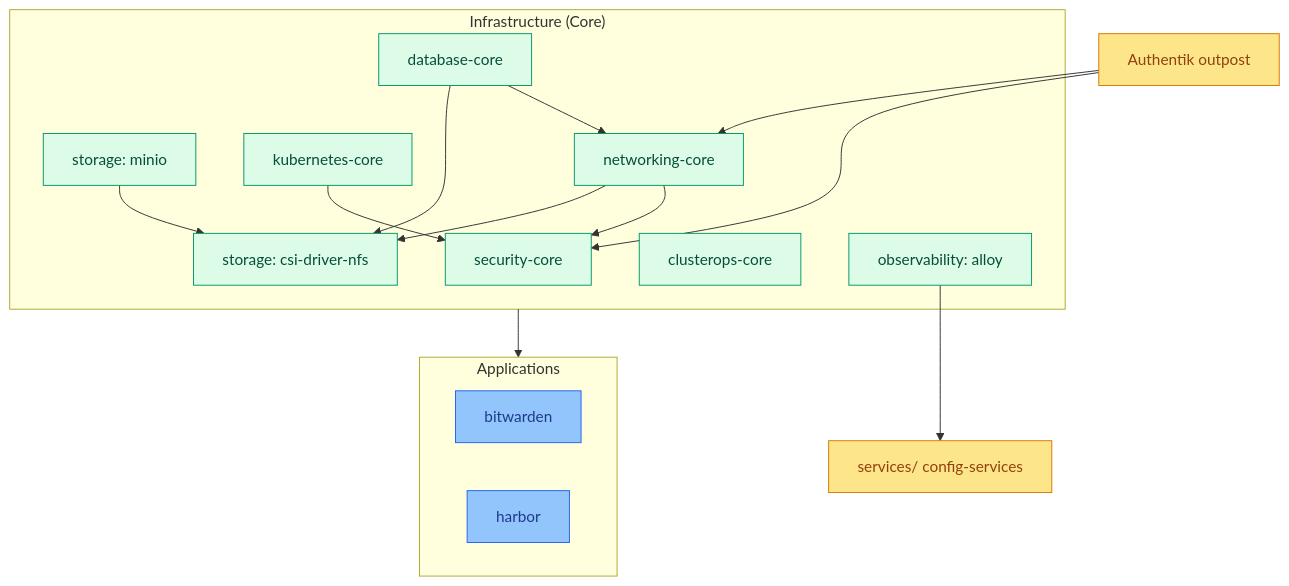
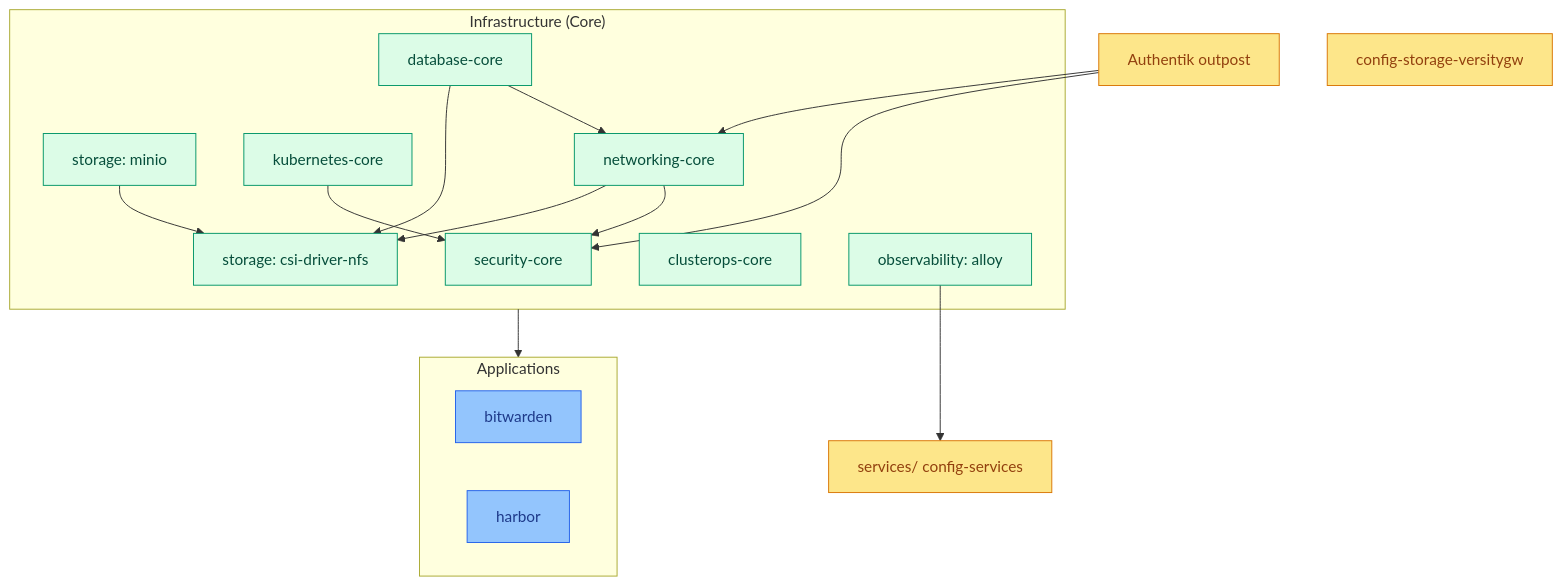
The diagram in clusters/nas/README.md (ppat/homelab-ops-kubernetes-clusters), drawn with Mermaid before and after one commit. The commit also changed other lines of this file and 11 other files, not shown here.

````diff
--- a/clusters/nas/README.md
+++ b/clusters/nas/README.md
@@ -71,34 +86,35 @@
 ```mermaid
 flowchart TB
     classDef core fill:#dcfce7,stroke:#059669,color:#064e3b
     classDef apps fill:#93c5fd,stroke:#2563eb,color:#1e3a8a
     classDef outpost fill:#fde68a,stroke:#d97706,color:#92400e
 
     subgraph Core["Infrastructure (Core)"]
         sec[security-core]:::core
         nfs[storage: csi-driver-nfs]:::core
         minio[storage: minio]:::core
         k8s[kubernetes-core]:::core
         net[networking-core]:::core
         db[database-core]:::core
         ops[clusterops-core]:::core
         alloy[observability: alloy]:::core
     end
 
     subgraph Apps["Applications"]
         bw[bitwarden]:::apps
         harbor:::apps
     end
 
     out[Authentik outpost]:::outpost
     svc[services/ config-services]:::outpost
+    vol[config-storage-versitygw]:::outpost
 
     k8s --> sec
     net --> sec & nfs
     minio --> nfs
     db --> net & nfs
     out --> sec & net
     alloy --> svc
 
     Core --> Apps
 ```
````
